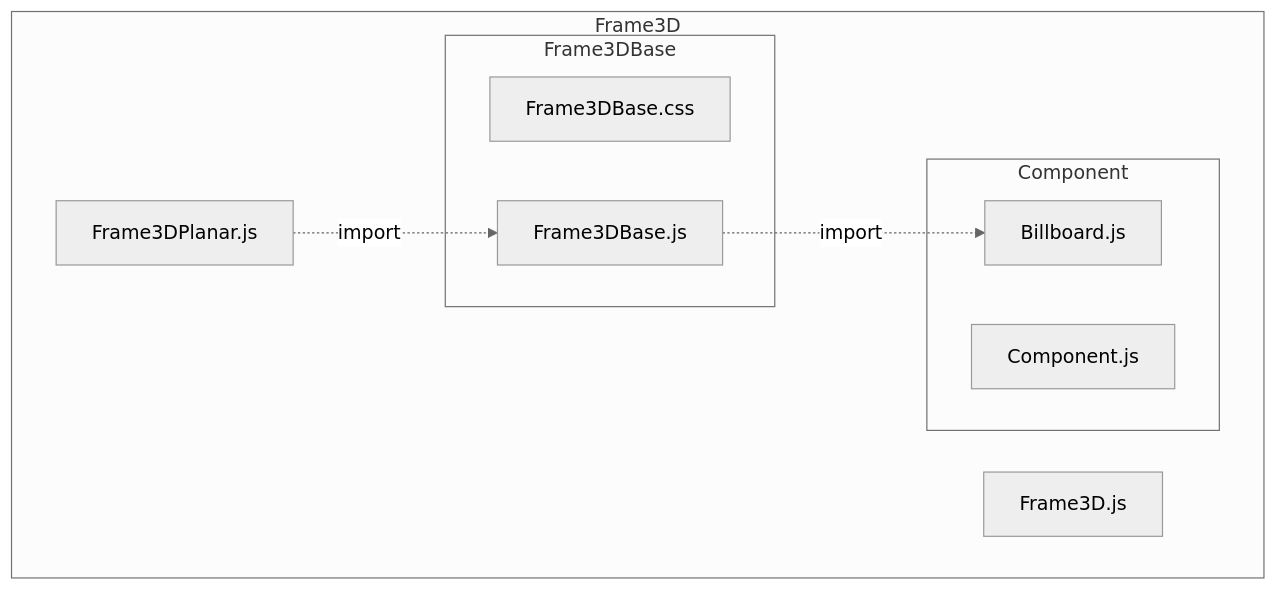
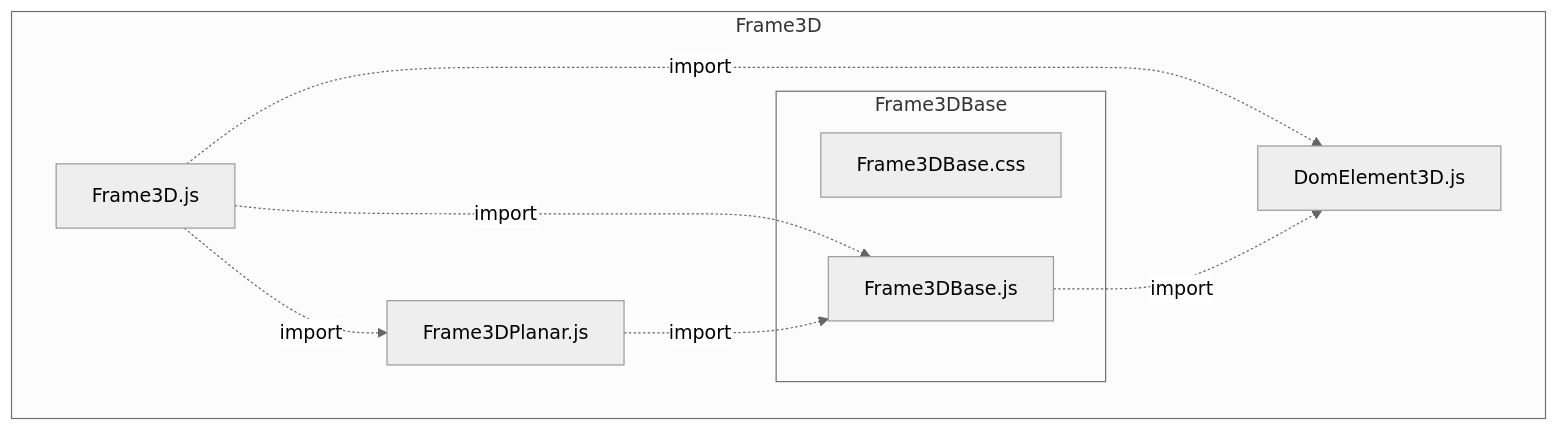
One commit to VCityTeam/UD-Viz changed the diagram in docs/static/diagram/browser/BrowserSrcFrame3D.md. Above: the diagram before and after it, drawn with Mermaid (neutral theme). The commit also changed 7 other files, not shown here.

Commit message:
update:diagram

````diff
--- a/docs/static/diagram/browser/BrowserSrcFrame3D.md
+++ b/docs/static/diagram/browser/BrowserSrcFrame3D.md
@@ -1,17 +1,17 @@
 ```mermaid
 flowchart
  subgraph IDFrame3D["Frame3D"]
+  IDFrame3DDomElement3Djs["DomElement3D.js"]
   IDFrame3DFrame3Djs["Frame3D.js"]
   IDFrame3DFrame3DPlanarjs["Frame3DPlanar.js"]
-  subgraph IDFrame3DComponent["Component"]
-   IDFrame3DComponentBillboardjs["Billboard.js"]
-   IDFrame3DComponentComponentjs["Component.js"]
-  end
   subgraph IDFrame3DFrame3DBase["Frame3DBase"]
    IDFrame3DFrame3DBaseFrame3DBasecss["Frame3DBase.css"]
    IDFrame3DFrame3DBaseFrame3DBasejs["Frame3DBase.js"]
   end
  end
+IDFrame3DFrame3Djs-.->|import|IDFrame3DFrame3DPlanarjs
+IDFrame3DFrame3Djs-.->|import|IDFrame3DFrame3DBaseFrame3DBasejs
+IDFrame3DFrame3Djs-.->|import|IDFrame3DDomElement3Djs
 IDFrame3DFrame3DPlanarjs-.->|import|IDFrame3DFrame3DBaseFrame3DBasejs
-IDFrame3DFrame3DBaseFrame3DBasejs-.->|import|IDFrame3DComponentBillboardjs
+IDFrame3DFrame3DBaseFrame3DBasejs-.->|import|IDFrame3DDomElement3Djs
 ```
````
